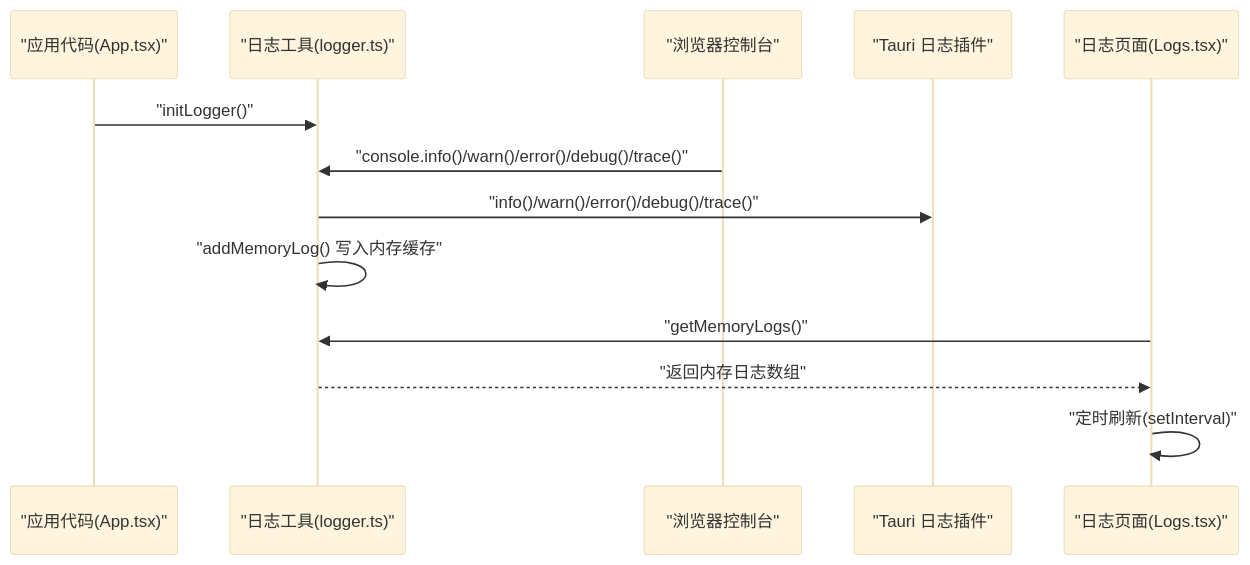
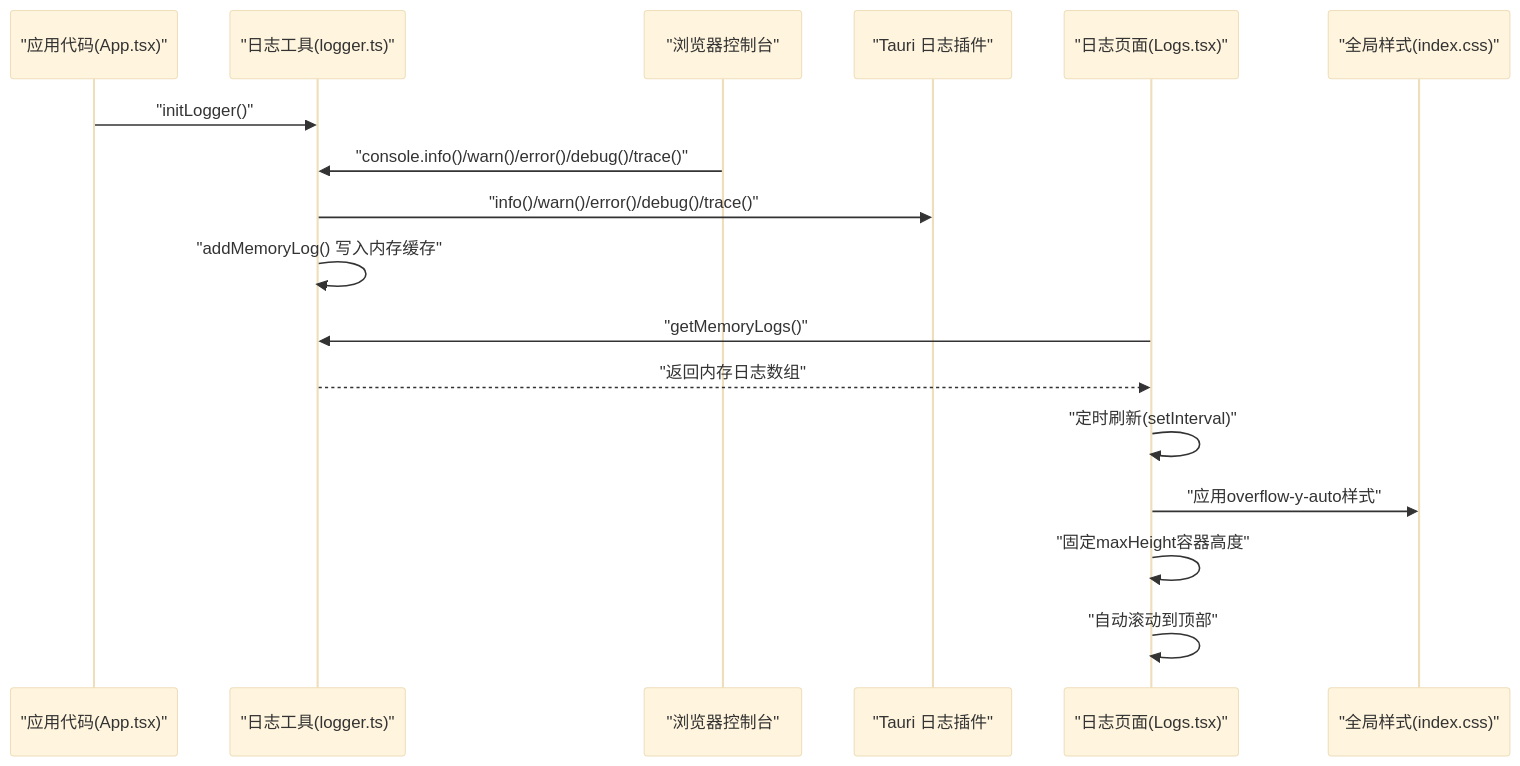
The second of 5 diagrams in .qoder/repowiki/zh/content/系统集成/日志系统.md (yn-zxj/Assetly), drawn with Mermaid (base theme) before and after one commit. The commit also changed other lines of this file and 9 other files, not shown here.

````diff
--- a/.qoder/repowiki/zh/content/系统集成/日志系统.md
+++ b/.qoder/repowiki/zh/content/系统集成/日志系统.md
@@ -100,15 +120,19 @@
 ```mermaid
 sequenceDiagram
 participant App as "应用代码(App.tsx)"
 participant Logger as "日志工具(logger.ts)"
 participant Console as "浏览器控制台"
 participant Plugin as "Tauri 日志插件"
 participant Page as "日志页面(Logs.tsx)"
+participant Styles as "全局样式(index.css)"
 App->>Logger : "initLogger()"
 Console->>Logger : "console.info()/warn()/error()/debug()/trace()"
 Logger->>Plugin : "info()/warn()/error()/debug()/trace()"
 Logger->>Logger : "addMemoryLog() 写入内存缓存"
 Page->>Logger : "getMemoryLogs()"
 Logger-->>Page : "返回内存日志数组"
 Page->>Page : "定时刷新(setInterval)"
+Page->>Styles : "应用overflow-y-auto样式"
+Page->>Page : "固定maxHeight容器高度"
+Page->>Page : "自动滚动到顶部"
 ```
````
